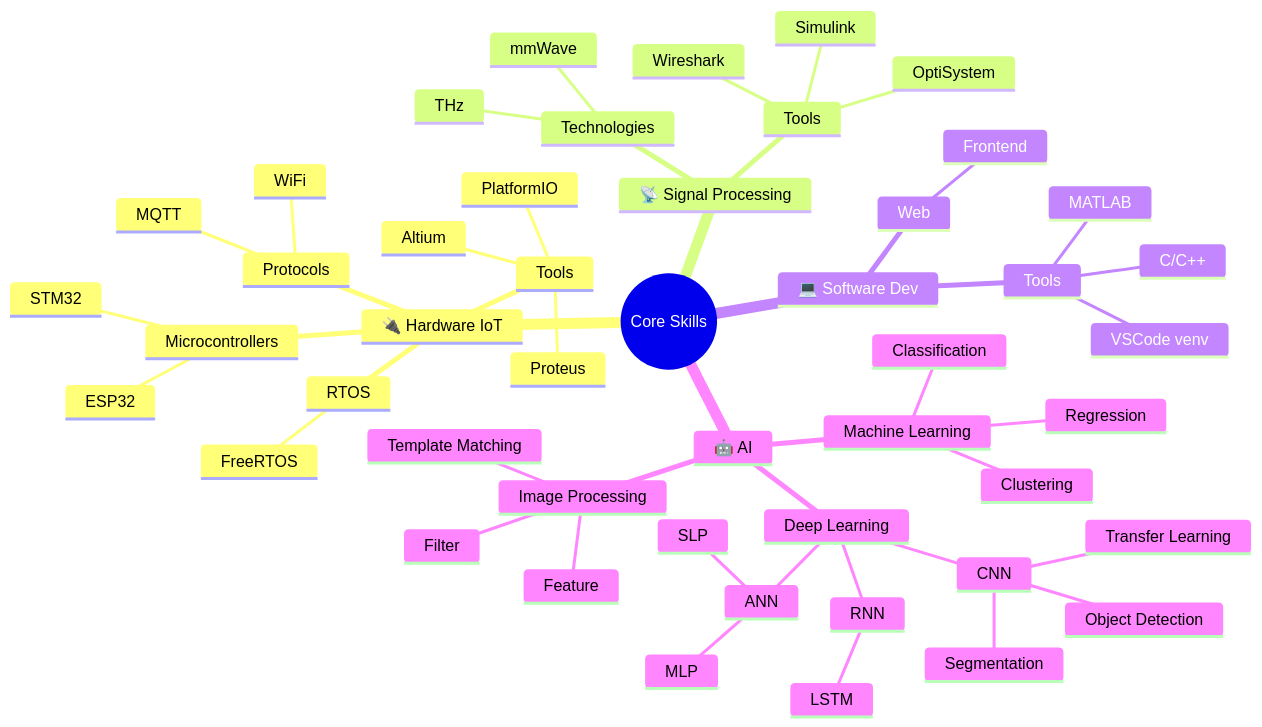
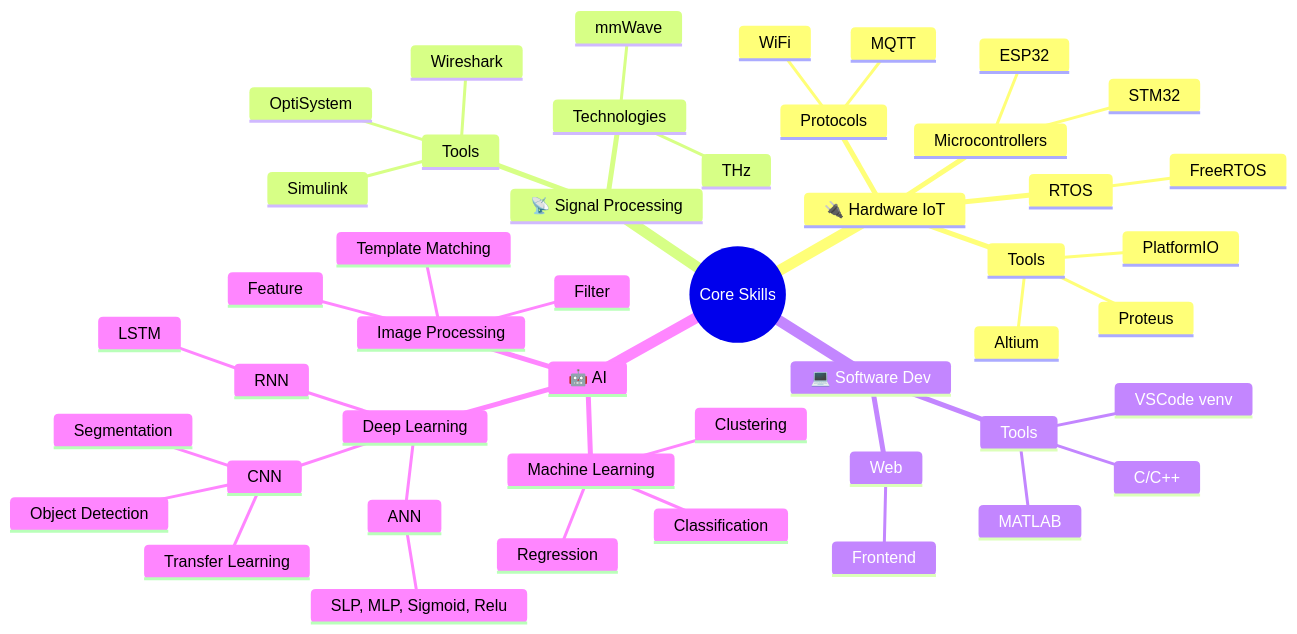
Before and after one commit to bathanh0309/bathanh0309: the diagram in README.md, drawn with Mermaid.

````diff
--- a/README.md
+++ b/README.md
@@ -141,51 +141,50 @@
 ```mermaid
 mindmap
   root((Core Skills))
     🔌 Hardware IoT
       Microcontrollers
         ESP32
         STM32
       RTOS
         FreeRTOS
       Protocols
         MQTT
         WiFi
       Tools
         PlatformIO
         Proteus
         Altium
     📡 Signal Processing
       Technologies
         mmWave
         THz
       Tools
         Simulink
         OptiSystem
         Wireshark
     💻 Software Dev
       Web
         Frontend
       Tools
         VSCode venv
         MATLAB
         C/C++
     🤖 AI 
       Machine Learning
         Classification
         Regression
         Clustering
       Deep Learning
         ANN
-          SLP
-          MLP
+          SLP, MLP, Sigmoid, Relu
         CNN
           Segmentation
           Object Detection
           Transfer Learning
         RNN
           LSTM
       Image Processing
         Feature
         Filter
         Template Matching
 ```
````
